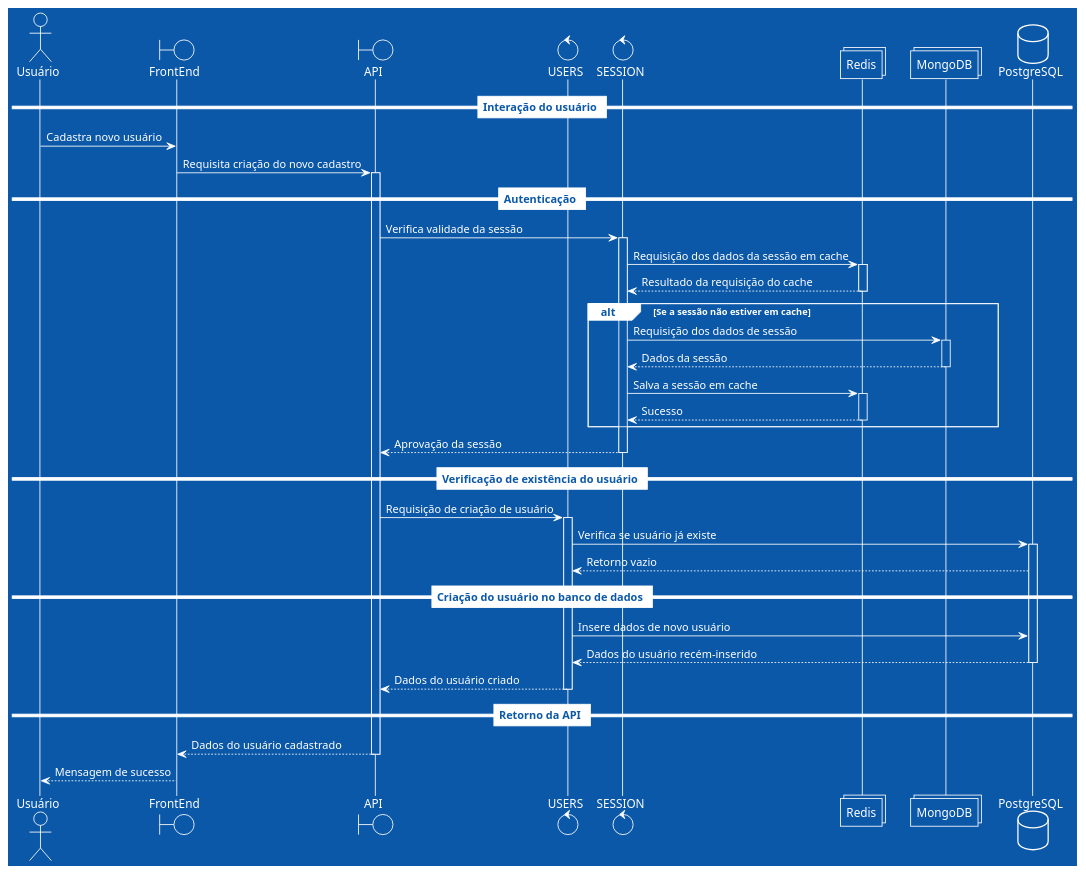
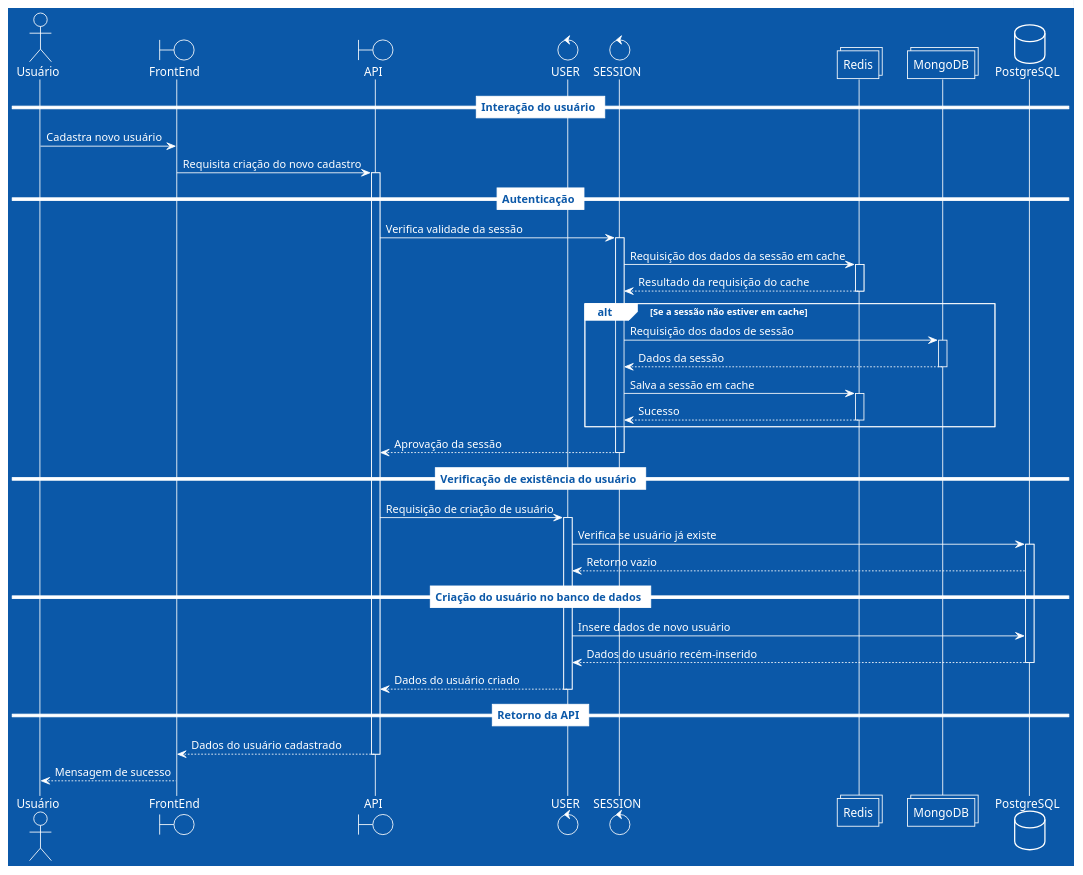
The diagram in docs/src/diagramas/cadastro-usuarios.md (Minerva-System/minerva-system), drawn with PlantUML before and after one commit. The commit also changed 10 other files, not shown here.

````diff
--- a/docs/src/diagramas/cadastro-usuarios.md
+++ b/docs/src/diagramas/cadastro-usuarios.md
@@ -5,65 +5,65 @@
 ```plantuml
 @startuml
 !theme amiga
 actor       Usuário    as ator
 boundary    FrontEnd   as frontend
 boundary    API        as api
-control     USERS      as users
+control     USER      as user
 control     SESSION    as session
 collections Redis      as redis
 collections MongoDB    as mongo
 database    PostgreSQL as postgres
 
 == Interação do usuário ==
 
 ator     ->  frontend:     Cadastra novo usuário
 frontend ->  api:          Requisita criação do novo cadastro
 activate api
 
 == Autenticação ==
 
 api      ->  session:  Verifica validade da sessão
 activate session
 session  ->  redis:    Requisição dos dados da sessão em cache
 activate redis
 session  <-- redis:    Resultado da requisição do cache
 deactivate redis
 
 alt Se a sessão não estiver em cache
 	session ->  mongo: Requisição dos dados de sessão
 	activate mongo
 	session <-- mongo: Dados da sessão
 	deactivate mongo
 	session ->  redis: Salva a sessão em cache
 	activate redis
 	session <-- redis: Sucesso
 	deactivate redis
 end
 
 api   <-- session:  Aprovação da sessão
 deactivate session
 
 == Verificação de existência do usuário ==
 
-api      ->  users:        Requisição de criação de usuário
-activate users
-users    ->  postgres:     Verifica se usuário já existe
+api      ->  user:        Requisição de criação de usuário
+activate user
+user    ->  postgres:     Verifica se usuário já existe
 activate postgres
-users    <-- postgres:     Retorno vazio
+user    <-- postgres:     Retorno vazio
 
 == Criação do usuário no banco de dados ==
 
-users    ->  postgres:     Insere dados de novo usuário
-users    <-- postgres:     Dados do usuário recém-inserido
+user    ->  postgres:     Insere dados de novo usuário
+user    <-- postgres:     Dados do usuário recém-inserido
 deactivate postgres
-api      <-- users:        Dados do usuário criado
-deactivate users
+api      <-- user:        Dados do usuário criado
+deactivate user
 
 == Retorno da API ==
 
 frontend <-- api:          Dados do usuário cadastrado
 deactivate api
 ator     <-- frontend:     Mensagem de sucesso
 
 @enduml
 ```
````
